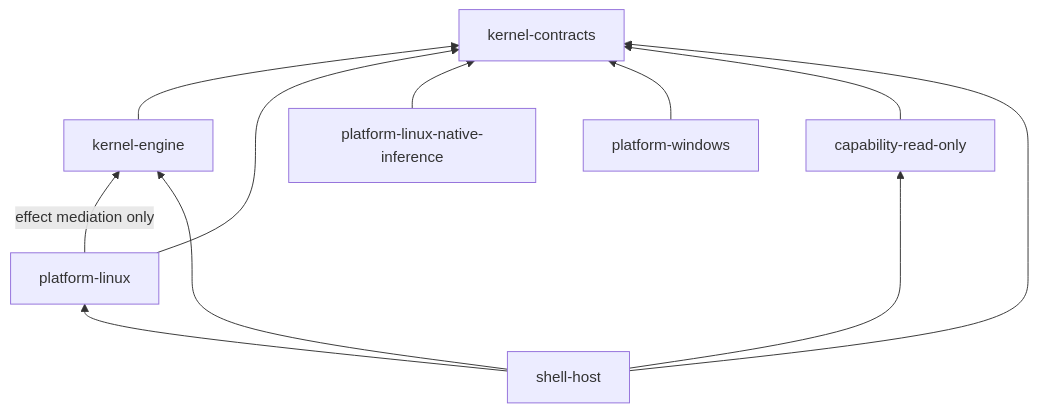
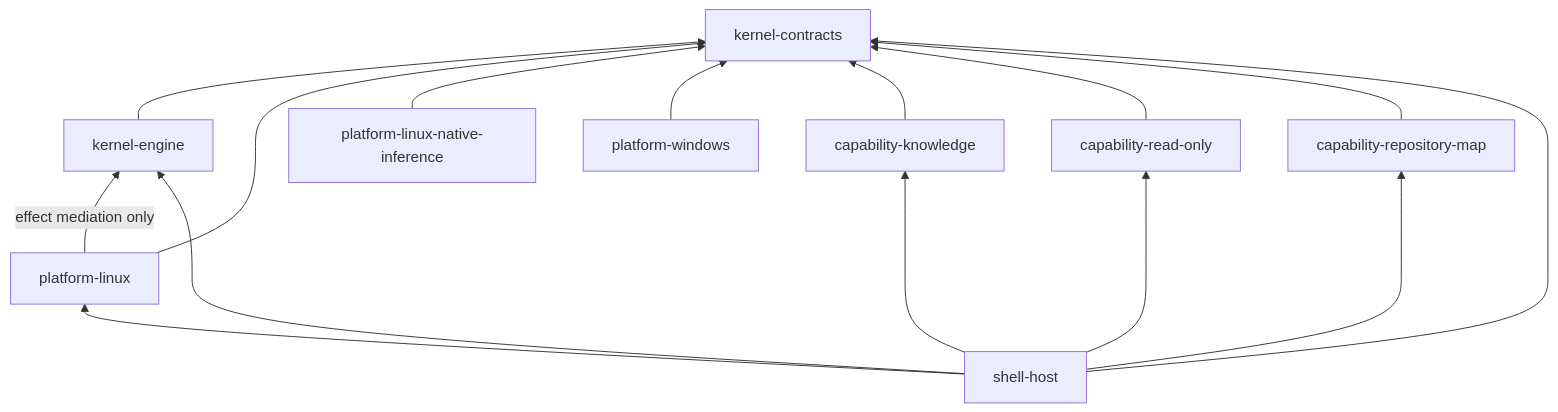
One commit to AaronNHorvitz/AgentMage changed the diagram in docs/architecture/kernel-dependency-report.md. Above: the diagram before and after it, drawn with Mermaid. The commit also changed other lines of this file and 29 other files, not shown here.

````diff
--- a/docs/architecture/kernel-dependency-report.md
+++ b/docs/architecture/kernel-dependency-report.md
@@ -25,13 +25,17 @@
 ```mermaid
 flowchart BT
     KE["kernel-engine"] --> KC["kernel-contracts"]
     PL["platform-linux"] --> KC
     PL -->|"effect mediation only"| KE
     PLI["platform-linux-native-inference"] --> KC
     PW["platform-windows"] --> KC
+    CK["capability-knowledge"] --> KC
     CR["capability-read-only"] --> KC
+    CRM["capability-repository-map"] --> KC
+    SH["shell-host"] --> CK
     SH["shell-host"] --> KC
     SH --> KE
     SH --> PL
     SH --> CR
+    SH --> CRM
 ```
````
